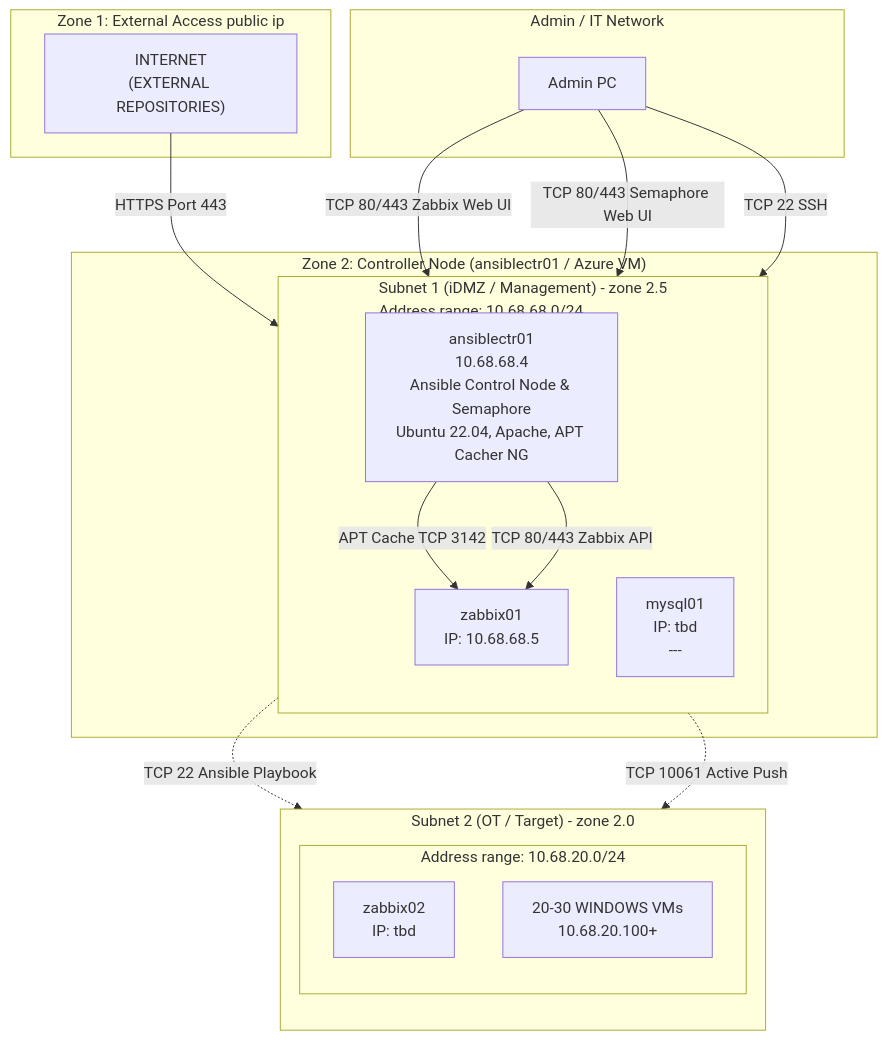
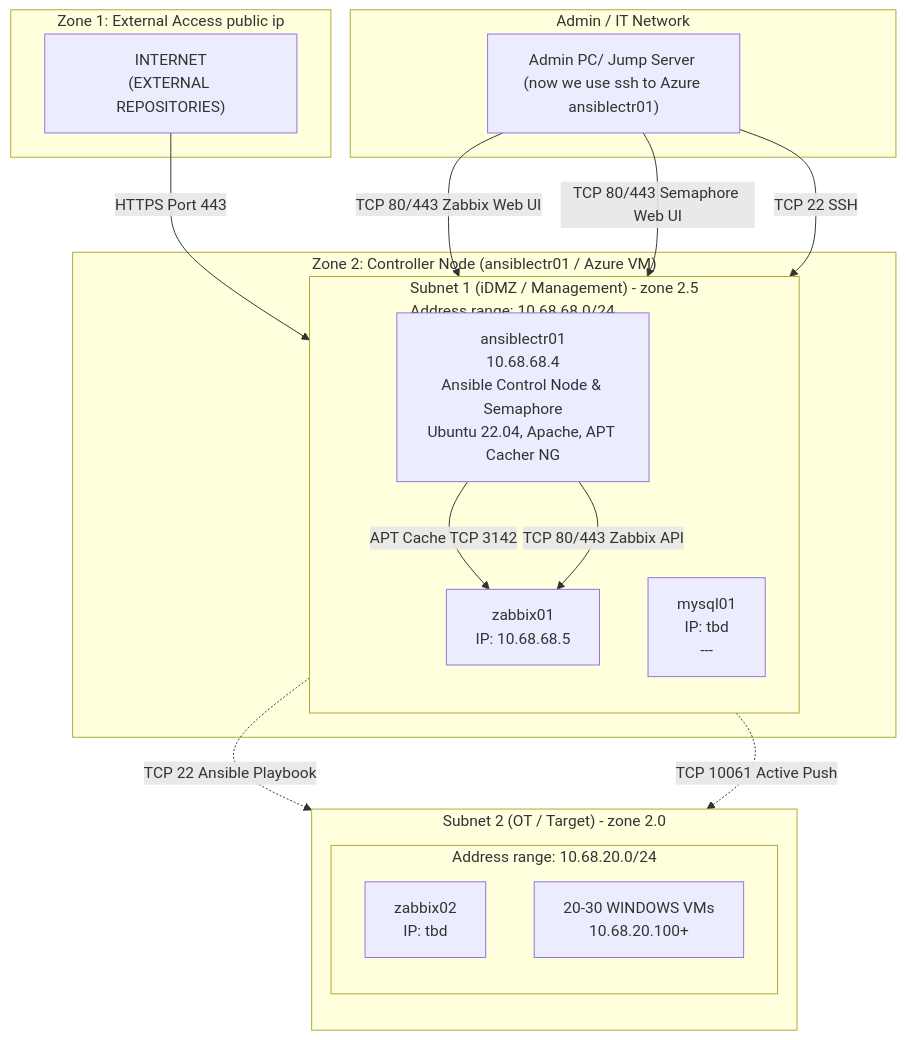
Before and after one commit to spawnmarvel/kvm-lab: the diagram in run_research_2_azure_zabbix_stack_extra_with_windows_vms/readme.md, drawn with Mermaid. The commit also changed other lines of this file, not shown here.

````diff
--- a/run_research_2_azure_zabbix_stack_extra_with_windows_vms/readme.md
+++ b/run_research_2_azure_zabbix_stack_extra_with_windows_vms/readme.md
@@ -926,39 +926,39 @@
 ```mermaid
 graph TD
     subgraph Zone1 ["Zone 1: External Access public ip"]
         Internet["INTERNET<br/>(EXTERNAL REPOSITORIES)"]
     end
 
     subgraph Zone2 ["Zone 2: Controller Node (ansiblectr01 / Azure VM)"]
         subgraph Subnet1 ["Subnet 1 (iDMZ / Management) - zone 2.5<br/>Address range: 10.68.68.0/24"]
             direction TB
             ansiblectr01["ansiblectr01<br/>10.68.68.4<br/>Ansible Control Node & Semaphore<br/>Ubuntu 22.04, Apache, APT Cacher NG"]
             zabbix01["zabbix01<br/>IP: 10.68.68.5"]
             mysql01["mysql01<br/>IP: tbd<br/>---"]
         end
     end
 
     subgraph Zone2OT ["Subnet 2 (OT / Target) - zone 2.0"]
         direction TB
         subgraph Subnet2 ["Address range: 10.68.20.0/24"]
             zabbix02["zabbix02<br/>IP: tbd"]
             winVMs["20-30 WINDOWS VMs<br/>10.68.20.100+"]
         end
     end
 
     subgraph AdminNet ["Admin / IT Network"]
-        AdminPC["Admin PC"]
+        AdminPC["Admin PC/ Jump Server (now we use ssh to Azure ansiblectr01)"]
     end
 
     Internet -->|HTTPS Port 443| ansiblectr01
     AdminPC -->|TCP 80/443 Zabbix Web UI| zabbix01
     AdminPC -->|TCP 80/443 Semaphore Web UI| ansiblectr01
     AdminPC -->|TCP 22 SSH| ansiblectr01
     
     ansiblectr01 -->|APT Cache TCP 3142| zabbix01
     ansiblectr01 -->|TCP 80/443 Zabbix API| zabbix01
     
     ansiblectr01 -.->|TCP 22 Ansible Playbook| zabbix02
     zabbix01 -.->|TCP 10061 Active Push| zabbix02
 
 ```
````
